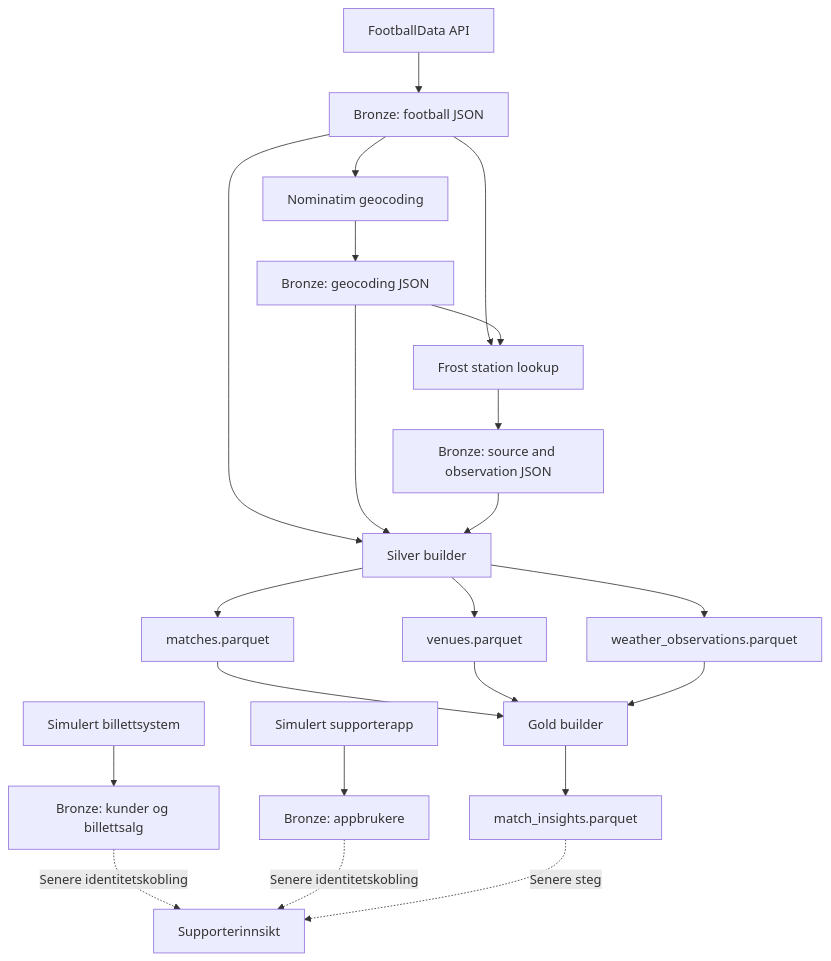
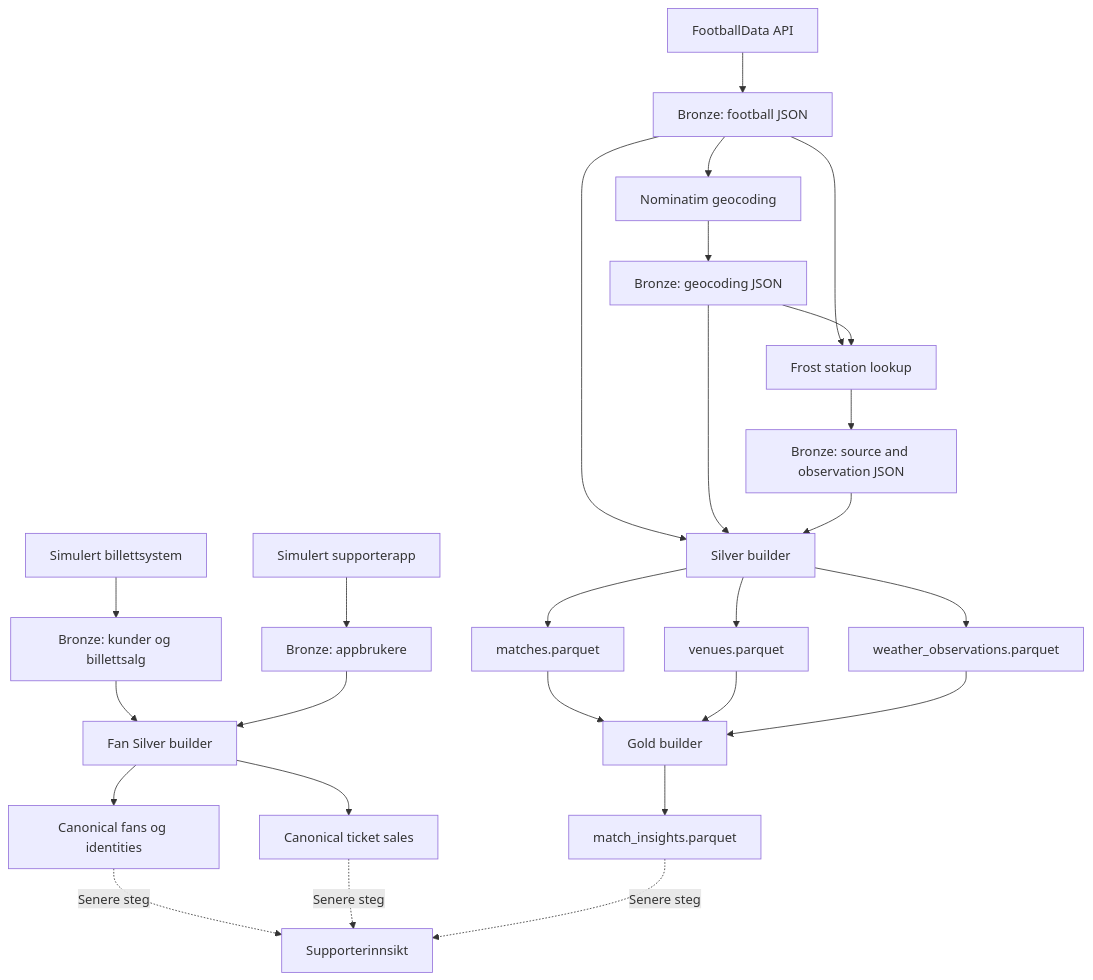
One commit to NilsenTommy/club-data-platform changed the diagram in README.md. Above: the diagram before and after it, drawn with Mermaid. The commit also changed other lines of this file and 5 other files, not shown here.

````diff
--- a/README.md
+++ b/README.md
@@ -39,24 +39,28 @@
 ```mermaid
 flowchart TD
 		FD[FootballData API] --> BF[Bronze: football JSON]
 		BF --> N[Nominatim geocoding]
 		N --> BG[Bronze: geocoding JSON]
 		BF --> F[Frost station lookup]
 		BG --> F
 		F --> BW[Bronze: source and observation JSON]
 		BF --> S[Silver builder]
 		BG --> S
 		BW --> S
 		S --> SM[matches.parquet]
 		S --> SV[venues.parquet]
 		S --> SW[weather_observations.parquet]
 		SM --> G[Gold builder]
 		SV --> G
 		SW --> G
 		G --> GM[match_insights.parquet]
 		TS[Simulert billettsystem] --> BTS[Bronze: kunder og billettsalg]
 		SA[Simulert supporterapp] --> BAS[Bronze: appbrukere]
-		BTS -. Senere identitetskobling .-> FI[Supporterinnsikt]
-		BAS -. Senere identitetskobling .-> FI
+		BTS --> FS[Fan Silver builder]
+		BAS --> FS
+		FS --> CF[Canonical fans og identities]
+		FS --> CS[Canonical ticket sales]
+		CF -. Senere steg .-> FI[Supporterinnsikt]
+		CS -. Senere steg .-> FI
 		GM -. Senere steg .-> FI
 ```
````
